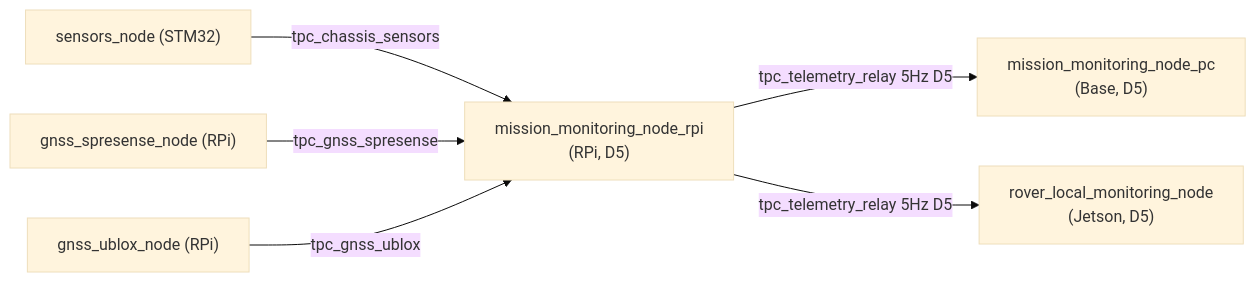
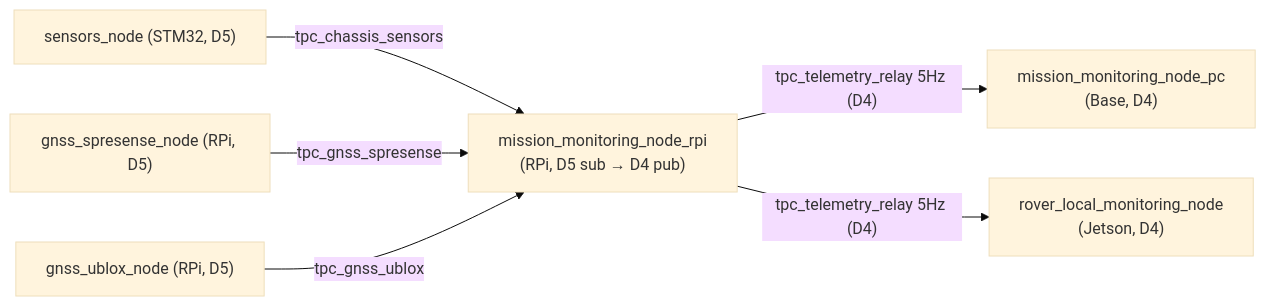
Before and after one commit to RoboticsGG/almondmatcha: the third of 3 diagrams in docs/TOPICS.md, drawn with Mermaid (base theme). The commit also changed other lines of this file and 5 other files, not shown here.

````diff
--- a/docs/TOPICS.md
+++ b/docs/TOPICS.md
@@ -445,8 +447,8 @@
 ```mermaid
 flowchart LR
-    SNS["sensors_node (STM32)"] -->|tpc_chassis_sensors| MON["mission_monitoring_node_rpi\n(RPi, D5)"]
-    SPRES["gnss_spresense_node (RPi)"] -->|tpc_gnss_spresense| MON
-    UBLOX["gnss_ublox_node (RPi)"] -->|tpc_gnss_ublox| MON
-    MON -->|tpc_telemetry_relay 5Hz D5| PC["mission_monitoring_node_pc\n(Base, D5)"]
-    MON -->|tpc_telemetry_relay 5Hz D5| JL["rover_local_monitoring_node\n(Jetson, D5)"]
+    SNS["sensors_node (STM32, D5)"] -->|tpc_chassis_sensors| MON["mission_monitoring_node_rpi\n(RPi, D5 sub → D4 pub)"]
+    SPRES["gnss_spresense_node (RPi, D5)"] -->|tpc_gnss_spresense| MON
+    UBLOX["gnss_ublox_node (RPi, D5)"] -->|tpc_gnss_ublox| MON
+    MON -->|"tpc_telemetry_relay 5Hz (D4)"| PC["mission_monitoring_node_pc\n(Base, D4)"]
+    MON -->|"tpc_telemetry_relay 5Hz (D4)"| JL["rover_local_monitoring_node\n(Jetson, D4)"]
 ```
````
